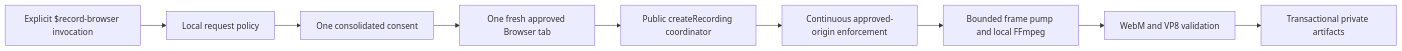
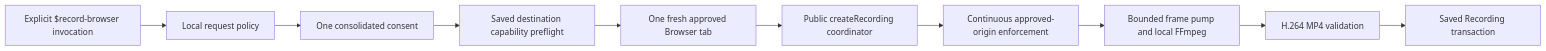
Before and after one commit to flsteven87/codex-browser-recorder: the diagram in README.md, drawn with Mermaid. The commit also changed other lines of this file and 36 other files, not shown here.

````diff
--- a/README.md
+++ b/README.md
@@ -154,11 +159,12 @@
 ```mermaid
 flowchart LR
     U["Explicit $record-browser invocation"] --> P["Local request policy"]
     P --> C["One consolidated consent"]
-    C --> B["One fresh approved Browser tab"]
+    C --> D["Saved destination capability preflight"]
+    D --> B["One fresh approved Browser tab"]
     B --> R["Public createRecording coordinator"]
     R --> O["Continuous approved-origin enforcement"]
     O --> F["Bounded frame pump and local FFmpeg"]
-    F --> V["WebM and VP8 validation"]
-    V --> A["Transactional private artifacts"]
+    F --> V["H.264 MP4 validation"]
+    V --> A["Saved Recording transaction"]
 ```
````
